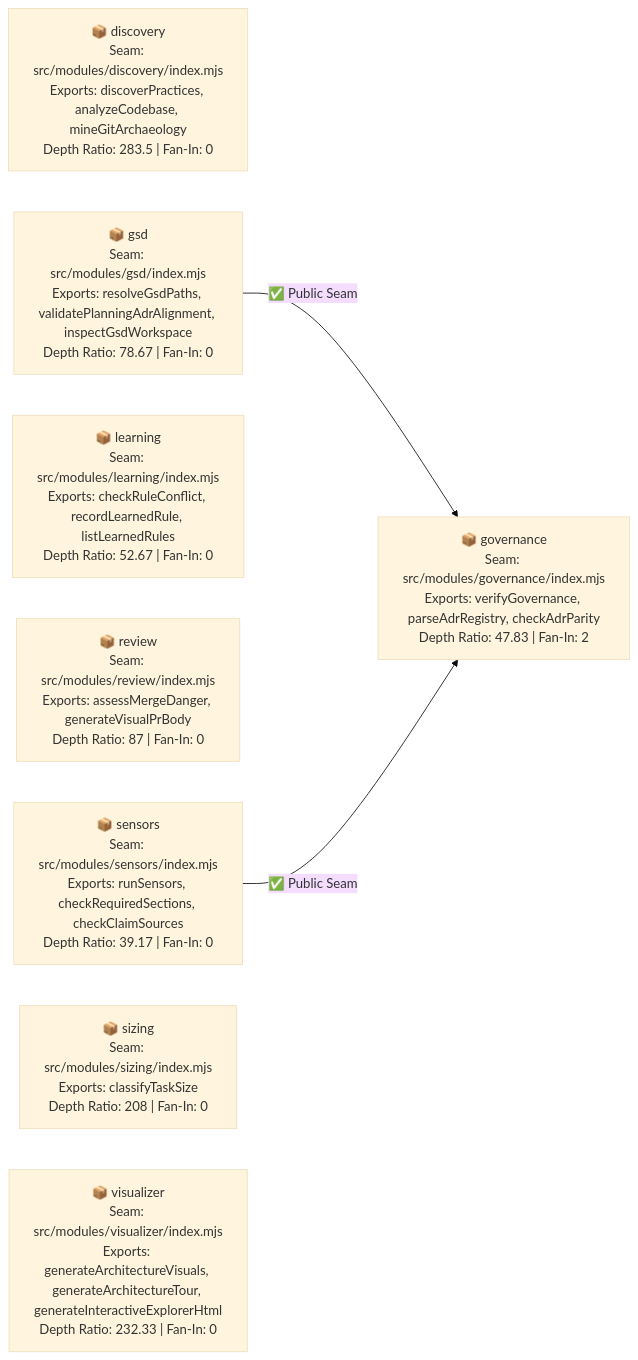
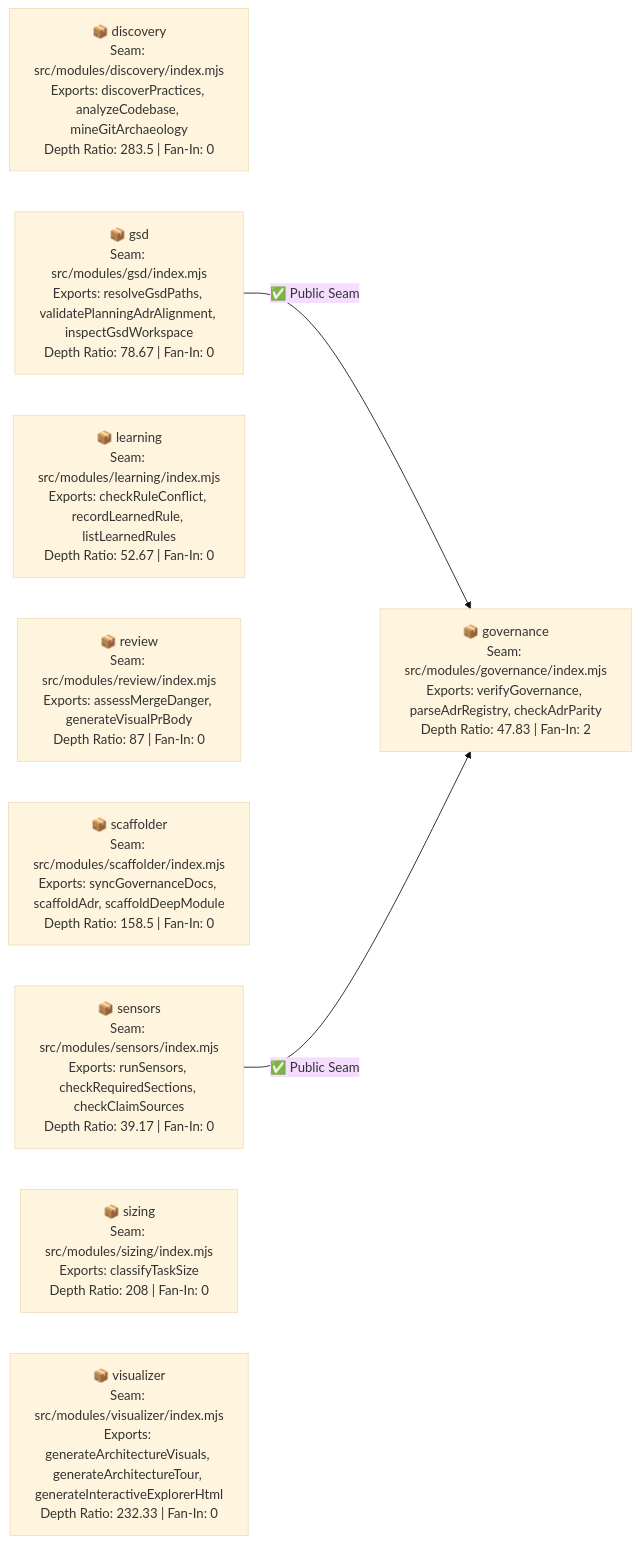
The second of 5 diagrams in docs/architecture/VISUAL_ARCHITECTURE.md (bpoti001/software-factory), drawn with Mermaid (base theme) before and after one commit. The commit also changed other lines of this file and 17 other files, not shown here.

Commit message:
feat(ARCH-11): Phase 8 High-Velocity API Service Scaffolder & Auto-Sync Governance Engine (ADR-0009)

````diff
--- a/docs/architecture/VISUAL_ARCHITECTURE.md
+++ b/docs/architecture/VISUAL_ARCHITECTURE.md
@@ -38,13 +39,14 @@
 ```mermaid
 flowchart LR
     M_discovery["📦 discovery<br/>Seam: src/modules/discovery/index.mjs<br/>Exports: discoverPractices, analyzeCodebase, mineGitArchaeology<br/>Depth Ratio: 283.5 | Fan-In: 0"]
     M_governance["📦 governance<br/>Seam: src/modules/governance/index.mjs<br/>Exports: verifyGovernance, parseAdrRegistry, checkAdrParity<br/>Depth Ratio: 47.83 | Fan-In: 2"]
     M_gsd["📦 gsd<br/>Seam: src/modules/gsd/index.mjs<br/>Exports: resolveGsdPaths, validatePlanningAdrAlignment, inspectGsdWorkspace<br/>Depth Ratio: 78.67 | Fan-In: 0"]
     M_learning["📦 learning<br/>Seam: src/modules/learning/index.mjs<br/>Exports: checkRuleConflict, recordLearnedRule, listLearnedRules<br/>Depth Ratio: 52.67 | Fan-In: 0"]
     M_review["📦 review<br/>Seam: src/modules/review/index.mjs<br/>Exports: assessMergeDanger, generateVisualPrBody<br/>Depth Ratio: 87 | Fan-In: 0"]
+    M_scaffolder["📦 scaffolder<br/>Seam: src/modules/scaffolder/index.mjs<br/>Exports: syncGovernanceDocs, scaffoldAdr, scaffoldDeepModule<br/>Depth Ratio: 158.5 | Fan-In: 0"]
     M_sensors["📦 sensors<br/>Seam: src/modules/sensors/index.mjs<br/>Exports: runSensors, checkRequiredSections, checkClaimSources<br/>Depth Ratio: 39.17 | Fan-In: 0"]
     M_sizing["📦 sizing<br/>Seam: src/modules/sizing/index.mjs<br/>Exports: classifyTaskSize<br/>Depth Ratio: 208 | Fan-In: 0"]
     M_visualizer["📦 visualizer<br/>Seam: src/modules/visualizer/index.mjs<br/>Exports: generateArchitectureVisuals, generateArchitectureTour, generateInteractiveExplorerHtml<br/>Depth Ratio: 232.33 | Fan-In: 0"]
     M_gsd -->|"✅ Public Seam"| M_governance
     M_sensors -->|"✅ Public Seam"| M_governance
 ```
````
